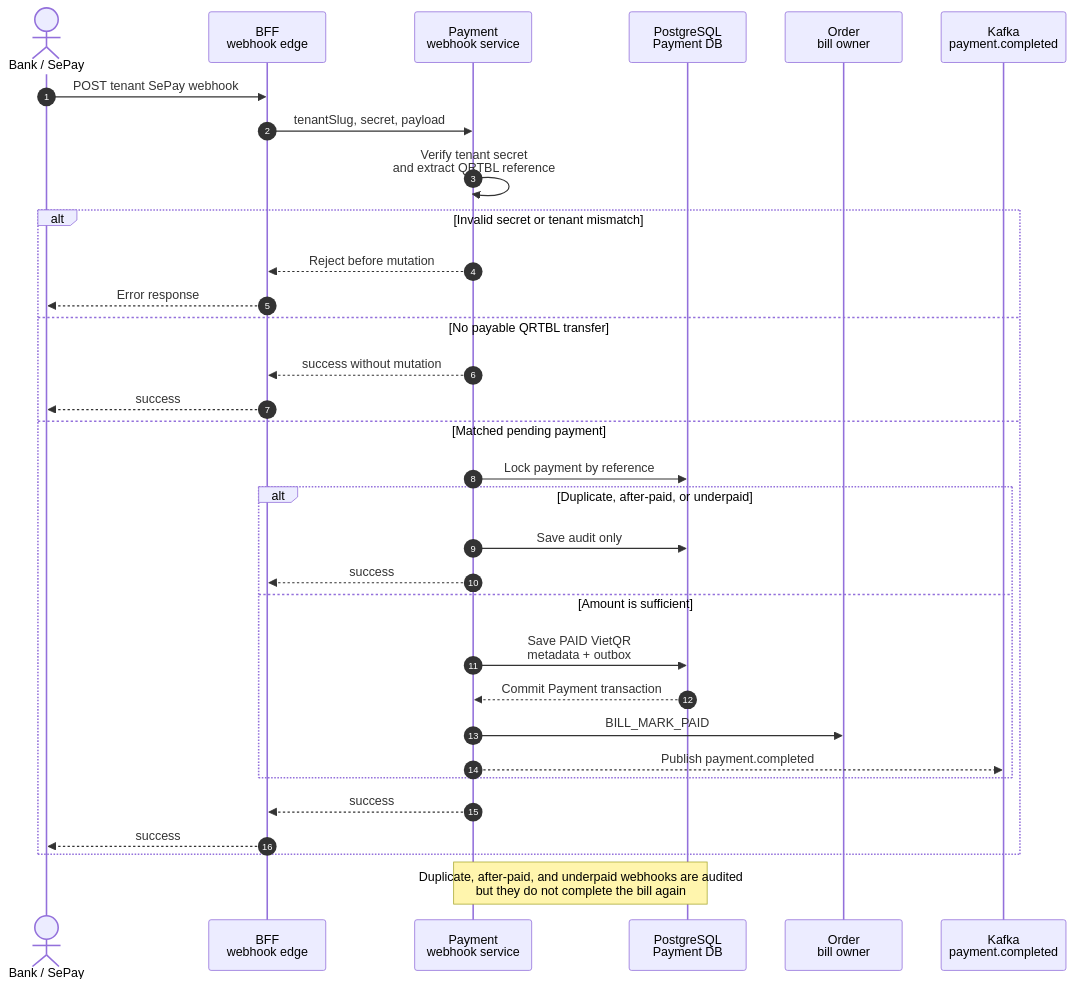
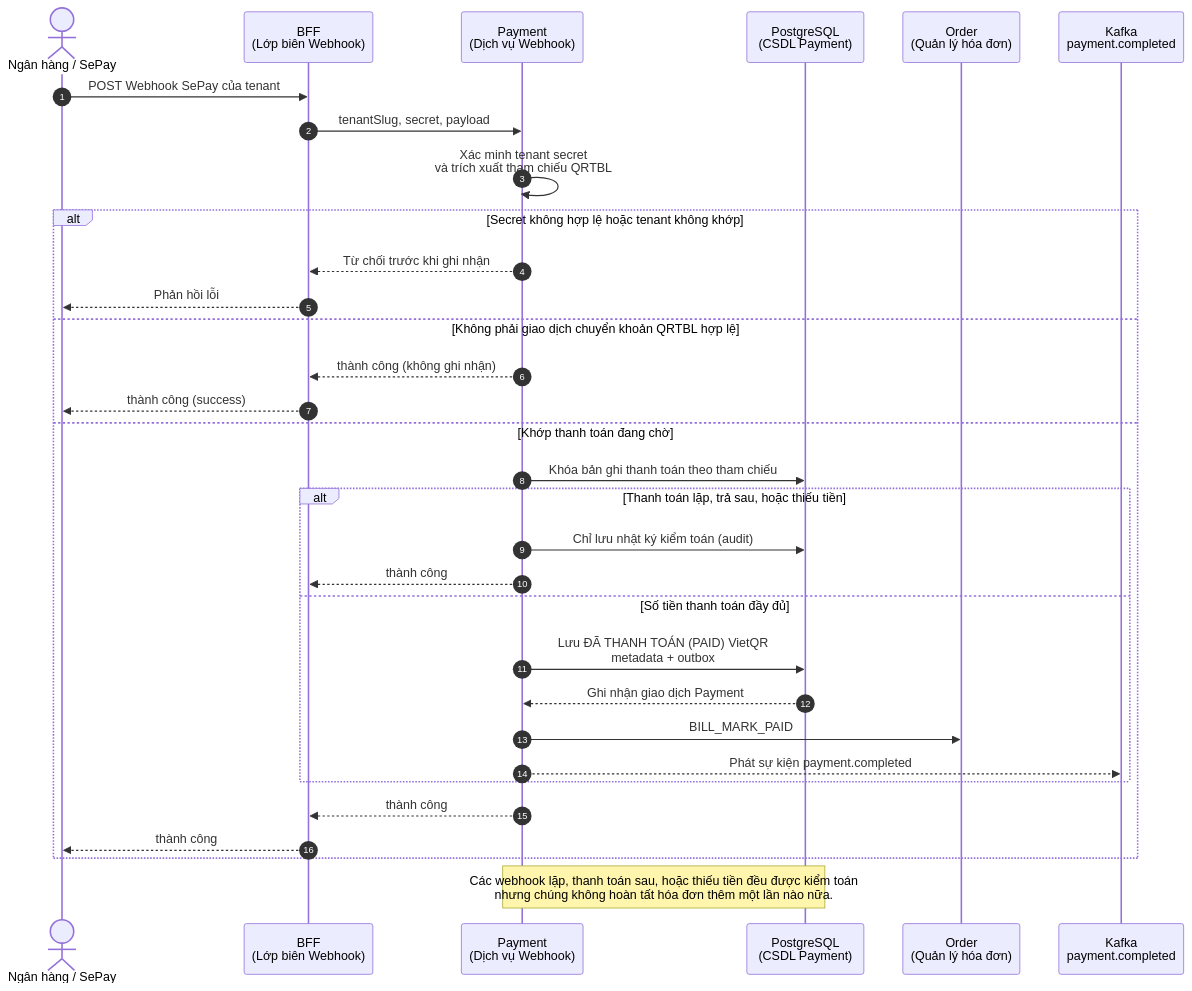
The diagram in docs/graduation-thesis-resources/thesis-report/assets/diagrams/chapter5-payment-sepay-webhook.mmd (quan-vo-dinh/saas-pos-microservices-qrtable), drawn with Mermaid before and after one commit. The commit also changed other lines of this file and 98 other files, not shown here.

```diff
--- a/docs/graduation-thesis-resources/thesis-report/assets/diagrams/chapter5-payment-sepay-webhook.mmd
+++ b/docs/graduation-thesis-resources/thesis-report/assets/diagrams/chapter5-payment-sepay-webhook.mmd
@@ -1,37 +1,37 @@
 sequenceDiagram
   autonumber
-  actor Bank as Bank / SePay
-  participant BFF as BFF<br/>webhook edge
-  participant Payment as Payment<br/>webhook service
-  participant PDB as PostgreSQL<br/>Payment DB
-  participant Order as Order<br/>bill owner
+  actor Bank as Ngân hàng / SePay
+  participant BFF as BFF<br/>(Lớp biên Webhook)
+  participant Payment as Payment<br/>(Dịch vụ Webhook)
+  participant PDB as PostgreSQL<br/>(CSDL Payment)
+  participant Order as Order<br/>(Quản lý hóa đơn)
   participant Kafka as Kafka<br/>payment.completed
 
-  Bank->>BFF: POST tenant SePay webhook
+  Bank->>BFF: POST Webhook SePay của tenant
   BFF->>Payment: tenantSlug, secret, payload
-  Payment->>Payment: Verify tenant secret<br/>and extract QRTBL reference
+  Payment->>Payment: Xác minh tenant secret<br/>và trích xuất tham chiếu QRTBL
 
-  alt Invalid secret or tenant mismatch
-    Payment-->>BFF: Reject before mutation
-    BFF-->>Bank: Error response
-  else No payable QRTBL transfer
-    Payment-->>BFF: success without mutation
-    BFF-->>Bank: success
-  else Matched pending payment
-    Payment->>PDB: Lock payment by reference
+  alt Secret không hợp lệ hoặc tenant không khớp
+    Payment-->>BFF: Từ chối trước khi ghi nhận
+    BFF-->>Bank: Phản hồi lỗi
+  else Không phải giao dịch chuyển khoản QRTBL hợp lệ
+    Payment-->>BFF: thành công (không ghi nhận)
+    BFF-->>Bank: thành công (success)
+  else Khớp thanh toán đang chờ
+    Payment->>PDB: Khóa bản ghi thanh toán theo tham chiếu
 
-    alt Duplicate, after-paid, or underpaid
-      Payment->>PDB: Save audit only
-      Payment-->>BFF: success
-    else Amount is sufficient
-      Payment->>PDB: Save PAID VietQR<br/>metadata + outbox
-      PDB-->>Payment: Commit Payment transaction
+    alt Thanh toán lặp, trả sau, hoặc thiếu tiền
+      Payment->>PDB: Chỉ lưu nhật ký kiểm toán (audit)
+      Payment-->>BFF: thành công
+    else Số tiền thanh toán đầy đủ
+      Payment->>PDB: Lưu ĐÃ THANH TOÁN (PAID) VietQR<br/>metadata + outbox
+      PDB-->>Payment: Ghi nhận giao dịch Payment
       Payment->>Order: BILL_MARK_PAID
-      Payment-->>Kafka: Publish payment.completed
+      Payment-->>Kafka: Phát sự kiện payment.completed
     end
 
-    Payment-->>BFF: success
-    BFF-->>Bank: success
+    Payment-->>BFF: thành công
+    BFF-->>Bank: thành công
   end
 
-  Note over Payment,PDB: Duplicate, after-paid, and underpaid webhooks are audited<br/>but they do not complete the bill again
+  Note over Payment,PDB: Các webhook lặp, thanh toán sau, hoặc thiếu tiền đều được kiểm toán<br/>nhưng chúng không hoàn tất hóa đơn thêm một lần nào nữa.
```
